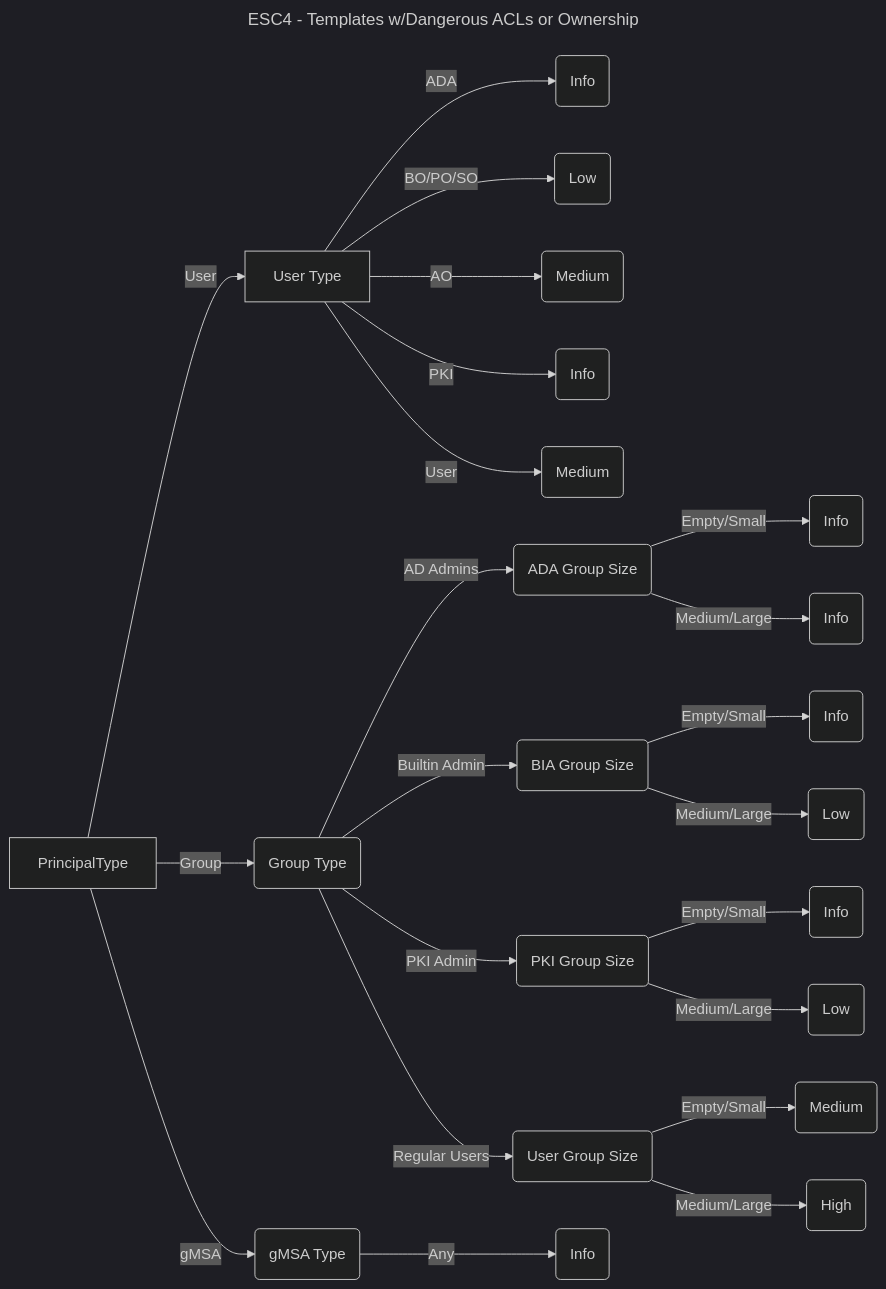
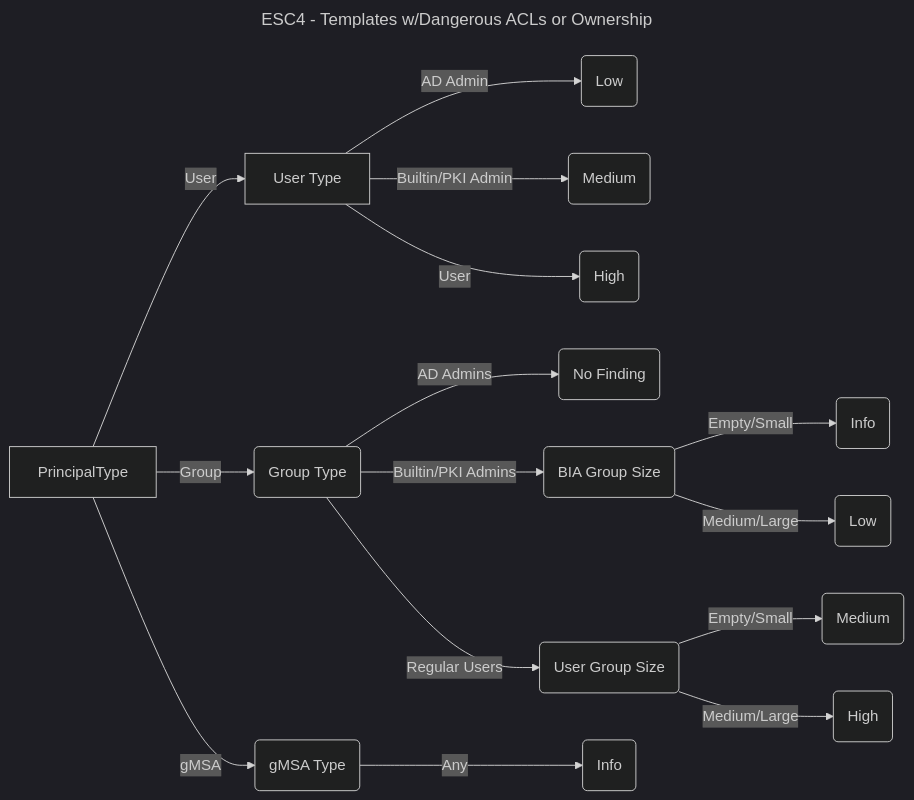
One commit to TrimarcJake/Locksmith changed the diagram in Graphics/ESC4.md. Above: the diagram before and after it, drawn with Mermaid (dark theme). The commit also changed 7 other files, not shown here.

````diff
--- a/Graphics/ESC4.md
+++ b/Graphics/ESC4.md
@@ -1,27 +1,20 @@
 ```mermaid
 ---
 title: ESC4 - Templates w/Dangerous ACLs or Ownership
 ---
 flowchart LR
     PrincipalType -->|User| UserType["User Type"];
-            UserType -- ADA --> ADAUPriority(Info);
-            UserType -- BO/PO/SO --> BIAUPriority(Low);
-            UserType -- AO --> AOUPriority(Medium);
-            UserType -- PKI --> PKIAUPriority(Info);
-            UserType -- User --> UserPriority(Medium);
+            UserType -- AD Admin --> ADAUPriority(Low);
+            UserType -- Builtin/PKI Admin --> BIAUPriority(Medium);
+            UserType -- User --> UserPriority(High);
     PrincipalType -->|Group| GroupType("Group Type");
-            GroupType -- AD Admins --> ADASize(ADA Group Size);
-                ADASize -- Empty/Small --> ADAEGPriority(Info);
-                ADASize -- Medium/Large --> ADAMGPriority(Info);
-            GroupType -- Builtin Admin --> BIASize(BIA Group Size);
+            GroupType -- AD Admins --> ADASize(No Finding);
+            GroupType -- Builtin/PKI Admins --> BIASize(BIA Group Size);
                 BIASize -- Empty/Small --> BIAEGPriority(Info);
                 BIASize -- Medium/Large --> BIAMGPriority(Low);
-            GroupType -- PKI Admin --> PKIASize(PKI Group Size);
-                PKIASize -- Empty/Small --> PKIAEGPriority(Info);
-                PKIASize -- Medium/Large --> PKIAMGPriority(Low);
             GroupType -- Regular Users --> UsersSize(User Group Size);
                 UsersSize -- Empty/Small --> UsersEGPriority(Medium);
                 UsersSize -- Medium/Large --> UsersMGPriority(High);
     PrincipalType -->|gMSA| gMSAType(gMSA Type);
             gMSAType -- Any --> gMSAPriority(Info);
 ```
````
